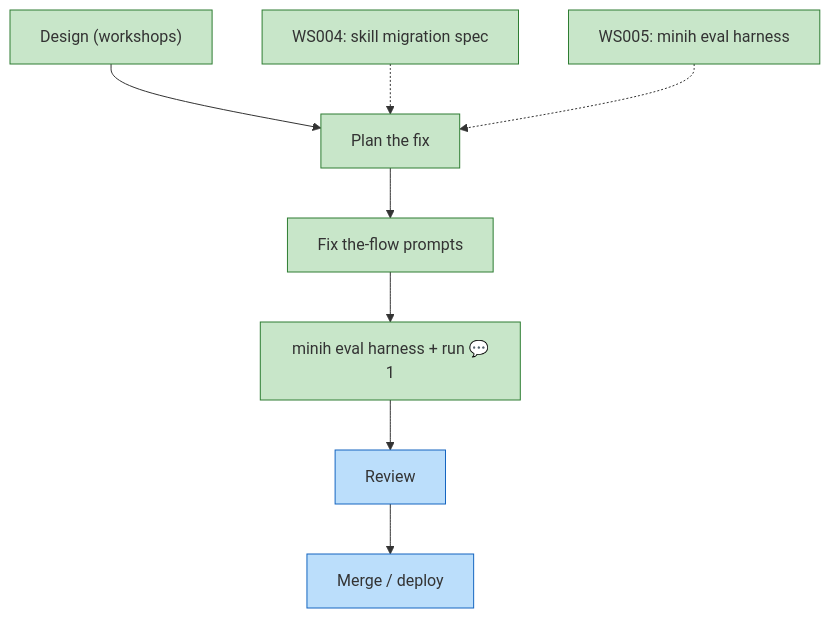
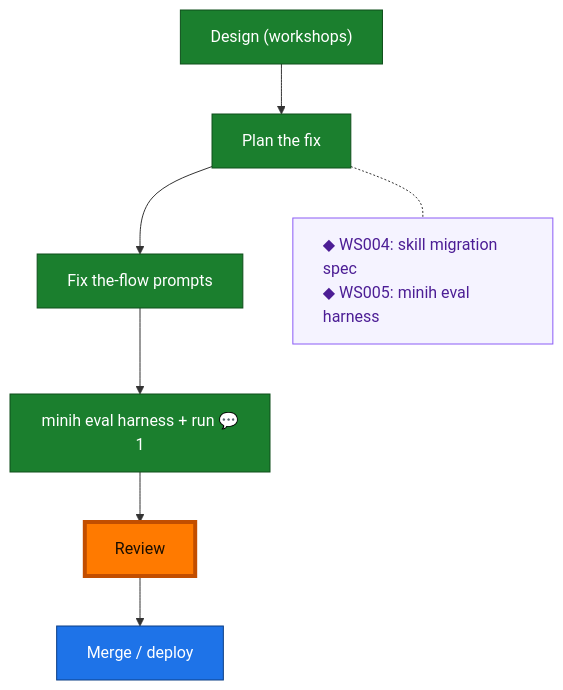
One commit to AI-Substrate/harness-engineering changed the diagram in docs/plans/027-the-flow-skill-migration/the-flow.md. Above: the diagram before and after it, drawn with Mermaid. The commit also changed other lines of this file and 53 other files, not shown here.

First line of the commit message:
docs: close out flow states + land prior-session artifacts (034-052)

````diff
--- a/docs/plans/027-the-flow-skill-migration/the-flow.md
+++ b/docs/plans/027-the-flow-skill-migration/the-flow.md
@@ -8,32 +8,22 @@
 ```mermaid
 flowchart TD
+    research["Design (workshops)"]:::done
+    plan["Plan the fix"]:::done
+    p1["Fix the-flow prompts"]:::done
+    p2["minih eval harness + run 💬1"]:::done
+    review["Review"]:::known
     merge["Merge / deploy"]:::known
-    review["Review"]:::known
-    p2["minih eval harness + run 💬1"]:::done
-    p1["Fix the-flow prompts"]:::done
-    plan["Plan the fix"]:::done
-    research["Design (workshops)"]:::done
 
-    review --> merge
-    p2 --> review
-    p1 --> p2
-    plan --> p1
-    research --> plan
+    research --> plan --> p1 --> p2 --> review --> merge
 
-    ws_migrate["WS004: skill migration spec"]:::done
-    ws_eval["WS005: minih eval harness"]:::done
-    ws_migrate -.-> plan
-    ws_eval -.-> plan
+    planC["◆ WS004: skill migration spec<br/>◆ WS005: minih eval harness"]:::chore
 
-    classDef done fill:#C8E6C9,stroke:#2E7D32;
-    classDef wip fill:#FFE0B2,stroke:#EF6C00;
-    classDef blocked fill:#FFCDD2,stroke:#C62828;
-    classDef known fill:#BBDEFB,stroke:#1565C0;
-    classDef assumed fill:#ECEFF1,stroke:#90A4AE,stroke-dasharray:5 3;
-    classDef said fill:#FFF9C4,stroke:#F9A825;
-    classDef harness fill:#EDE7F6,stroke:#673AB7;
-    classDef decision fill:#FFF3E0,stroke:#FB8C00,stroke-dasharray:2 2;
-    classDef companion fill:#D1C4E9,stroke:#5E35B1;
-    classDef worker fill:#B2DFDB,stroke:#00897B;
-    classDef unknown fill:#FAFAFA,stroke:#BDBDBD,stroke-dasharray:1 4;
+    %% dotted links pull each gutter box beside its node
+    plan -.- planC
+
+    classDef done fill:#1B7F2E,stroke:#0F4F1B,color:#fff;
+    classDef known fill:#1E73E8,stroke:#0D3F86,color:#fff;
+    classDef chore fill:#f5f3ff,stroke:#8b5cf6,color:#4c1d95,text-align:left;
+    classDef current fill:#FF7A00,stroke:#C24E00,color:#1a0e00,stroke-width:4px;
+    class review current;
 ```
````
